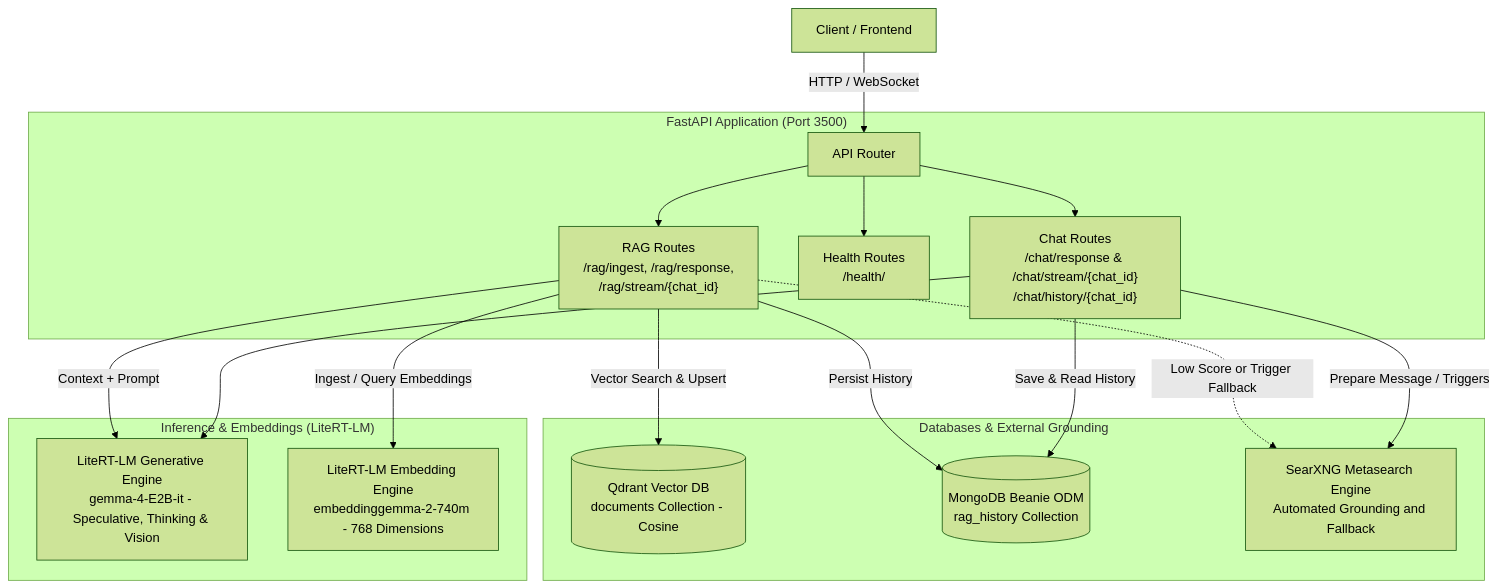
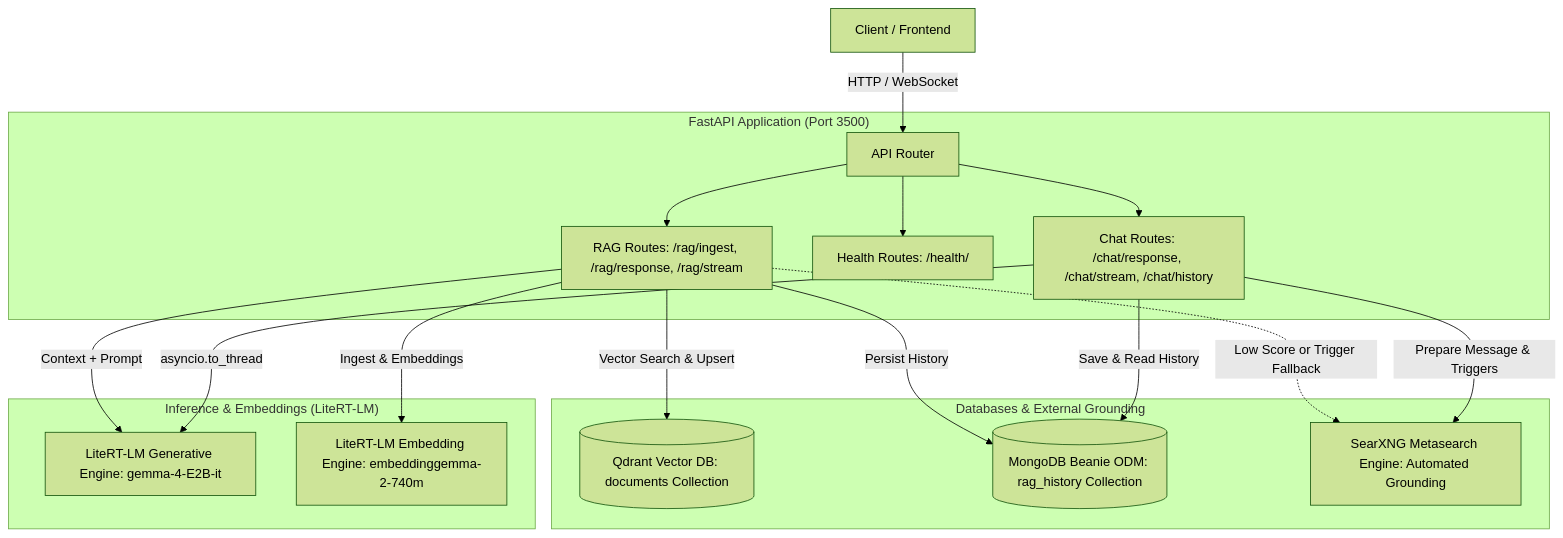
One commit to masanthimanshu/gemma-rag changed the diagram in README.md. Above: the diagram before and after it, drawn with Mermaid (forest theme). The commit also changed other lines of this file, not shown here.

Commit message:
docs: update README with async concurrency, image formats, and architecture details

````diff
--- a/README.md
+++ b/README.md
@@ -111,37 +116,37 @@
 ```mermaid
 flowchart TD
     Client["Client / Frontend"]
 
     subgraph FastAPI["FastAPI Application (Port 3500)"]
         Router["API Router"]
-        ChatRoute["Chat Routes<br/>/chat/response & /chat/stream/{chat_id}<br/>/chat/history/{chat_id}"]
-        HealthRoute["Health Routes<br/>/health/"]
-        RagRoute["RAG Routes<br/>/rag/ingest, /rag/response,<br/>/rag/stream/{chat_id}"]
+        ChatRoute["Chat Routes: /chat/response, /chat/stream, /chat/history"]
+        HealthRoute["Health Routes: /health/"]
+        RagRoute["RAG Routes: /rag/ingest, /rag/response, /rag/stream"]
     end
 
     subgraph Engines["Inference & Embeddings (LiteRT-LM)"]
-        LLM["LiteRT-LM Generative Engine<br/>gemma-4-E2B-it - Speculative, Thinking & Vision"]
-        Embed["LiteRT-LM Embedding Engine<br/>embeddinggemma-2-740m - 768 Dimensions"]
+        LLM["LiteRT-LM Generative Engine: gemma-4-E2B-it"]
+        Embed["LiteRT-LM Embedding Engine: embeddinggemma-2-740m"]
     end
 
     subgraph Storage["Databases & External Grounding"]
-        Qdrant[("Qdrant Vector DB<br/>documents Collection - Cosine")]
-        Mongo[("MongoDB Beanie ODM<br/>rag_history Collection")]
-        SearXNG["SearXNG Metasearch Engine<br/>Automated Grounding and Fallback"]
+        Qdrant[("Qdrant Vector DB: documents Collection")]
+        Mongo[("MongoDB Beanie ODM: rag_history Collection")]
+        SearXNG["SearXNG Metasearch Engine: Automated Grounding"]
     end
 
     Client -->|"HTTP / WebSocket"| Router
     Router --> ChatRoute
     Router --> HealthRoute
     Router --> RagRoute
 
-    ChatRoute -->|"Prepare Message / Triggers"| SearXNG
-    ChatRoute --> LLM
+    ChatRoute -->|"Prepare Message & Triggers"| SearXNG
+    ChatRoute -->|"asyncio.to_thread"| LLM
     ChatRoute -->|"Save & Read History"| Mongo
 
-    RagRoute -->|"Ingest / Query Embeddings"| Embed
+    RagRoute -->|"Ingest & Embeddings"| Embed
     RagRoute -->|"Vector Search & Upsert"| Qdrant
     RagRoute -.->|"Low Score or Trigger Fallback"| SearXNG
     RagRoute -->|"Context + Prompt"| LLM
     RagRoute -->|"Persist History"| Mongo
 ```
````
